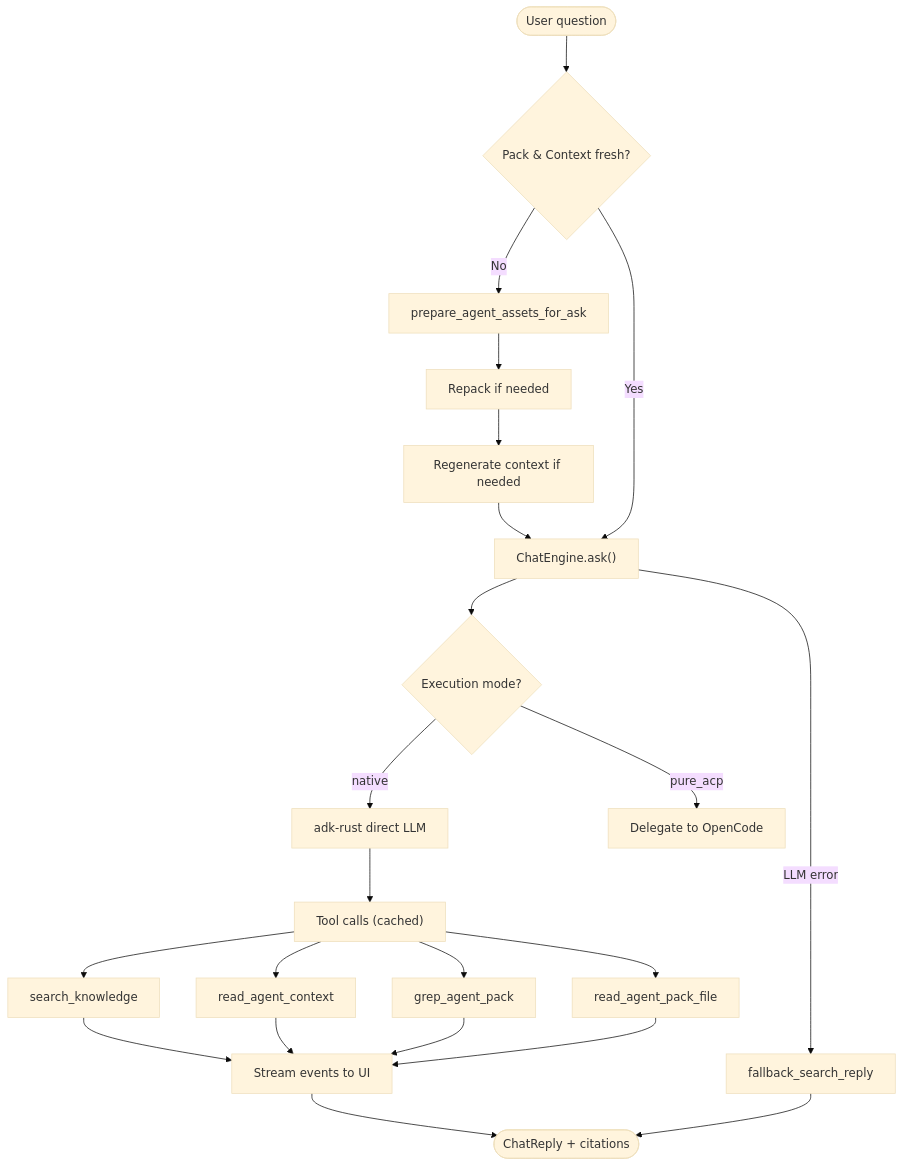
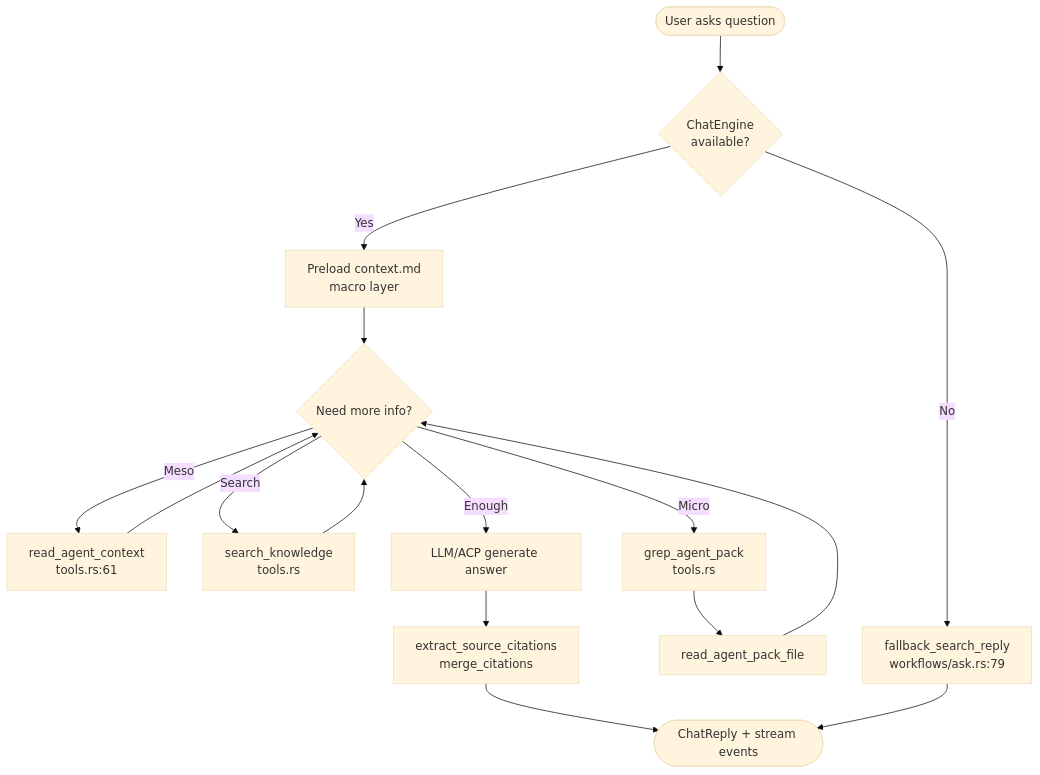
The fourth of 7 diagrams in .terrain/human/3.Workflows.md (sopaco/terrain), drawn with Mermaid (base theme) before and after one commit. The commit also changed other lines of this file and 10 other files, not shown here.

````diff
--- a/.terrain/human/3.Workflows.md
+++ b/.terrain/human/3.Workflows.md
@@ -129,24 +105,18 @@
 ```mermaid
 flowchart TD
-    Q([User question]) --> FreshCheck{Pack & Context fresh?}
-    FreshCheck -->|No| Prepare["prepare_agent_assets_for_ask"]
-    Prepare --> PackFresh["Repack if needed"]
-    PackFresh --> CtxFresh["Regenerate context if needed"]
-    CtxFresh --> Engine
-    FreshCheck -->|Yes| Engine
-    Engine["ChatEngine.ask()"] --> Backend{Execution mode?}
-    Backend -->|native| Native["adk-rust direct LLM"]
-    Backend -->|pure_acp| ACP["Delegate to OpenCode"]
-    Native --> Tools["Tool calls (cached)"]
-    Tools --> Search["search_knowledge"]
-    Tools --> CtxTool["read_agent_context"]
-    Tools --> Grep["grep_agent_pack"]
-    Tools --> PkFile["read_agent_pack_file"]
-    Search --> Stream["Stream events to UI"]
-    CtxTool --> Stream
-    Grep --> Stream
-    PkFile --> Stream
-    Stream --> Done([ChatReply + citations])
-    Engine -->|LLM error| Fallback["fallback_search_reply"]
-    Fallback --> Done
+    Start(["User asks question"]) --> Engine{"ChatEngine<br/>available?"}
+    Engine -->|No| Fallback["fallback_search_reply<br/>workflows/ask.rs:79"]
+    Engine -->|Yes| Macro["Preload context.md<br/>macro layer"]
+    Macro --> ToolLoop{"Need more info?"}
+    ToolLoop -->|Meso| ReadCtx["read_agent_context<br/>tools.rs:61"]
+    ToolLoop -->|Search| Search["search_knowledge<br/>tools.rs"]
+    ToolLoop -->|Micro| Grep["grep_agent_pack<br/>tools.rs"]
+    Grep --> ReadFile["read_agent_pack_file"]
+    ReadCtx --> ToolLoop
+    Search --> ToolLoop
+    ReadFile --> ToolLoop
+    ToolLoop -->|Enough| Generate["LLM/ACP generate answer"]
+    Generate --> Citations["extract_source_citations<br/>merge_citations"]
+    Citations --> End(["ChatReply + stream events"])
+    Fallback --> End
 ```
````
